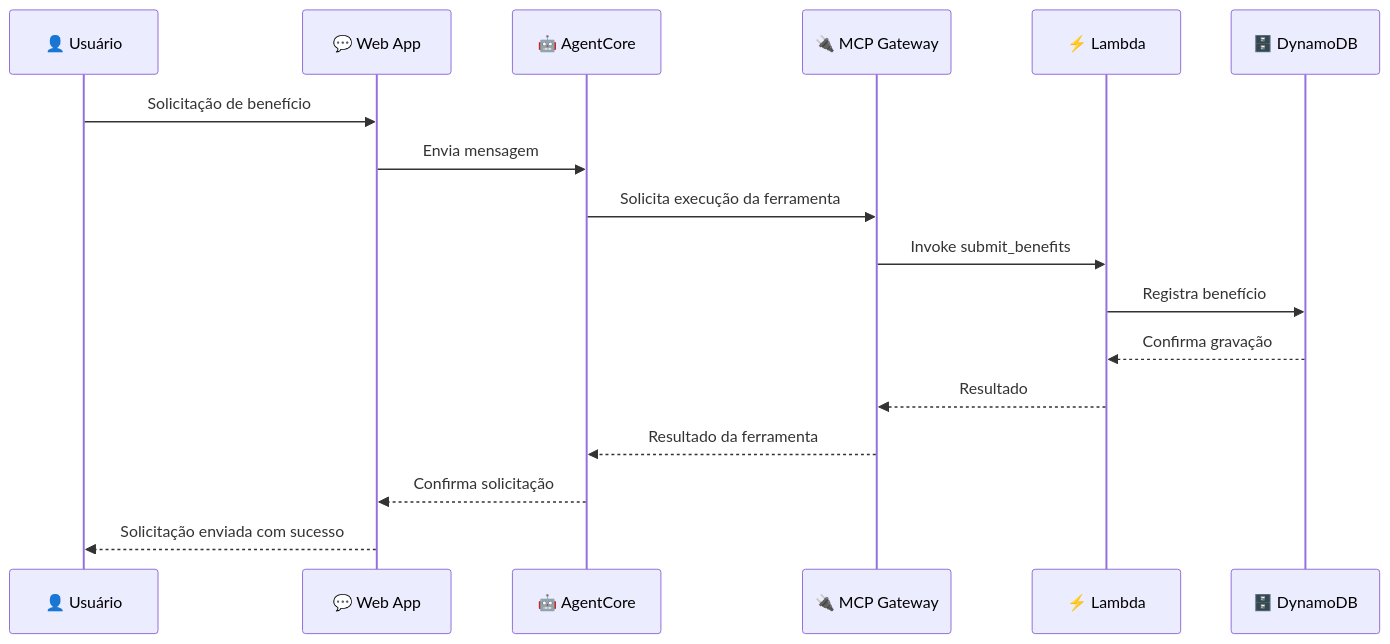
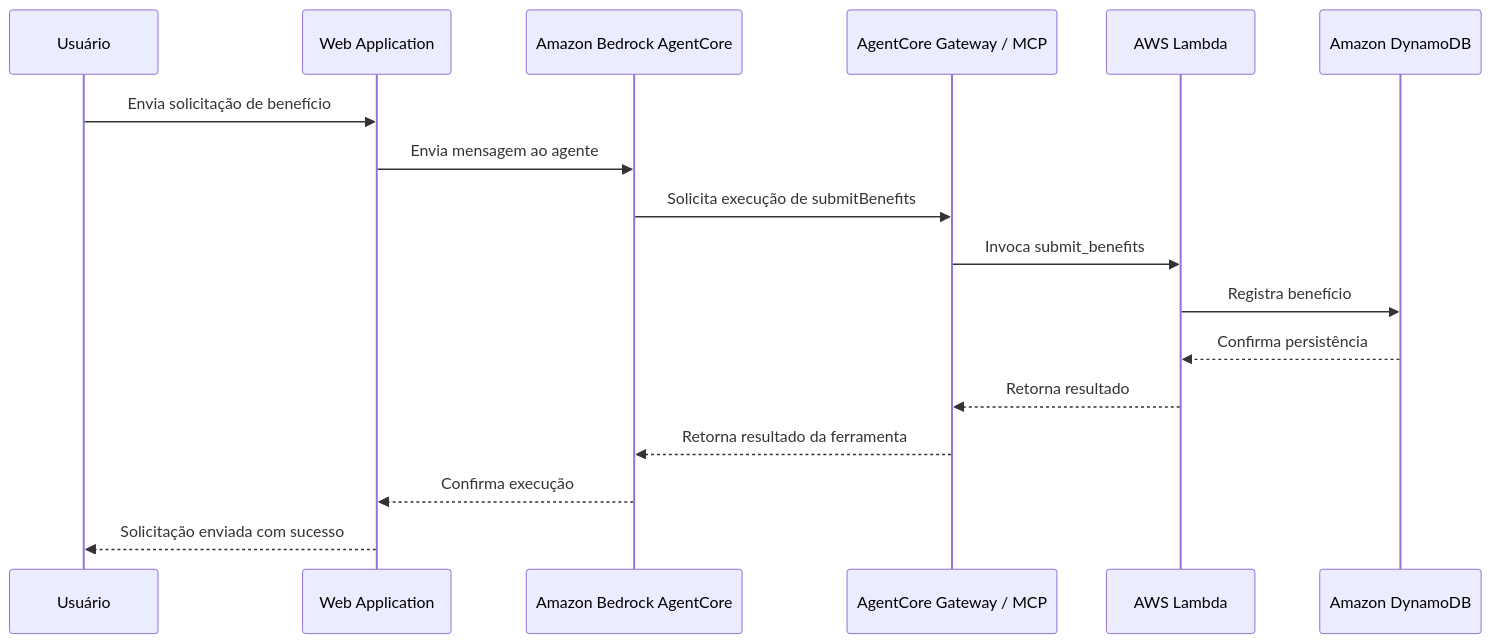
The eighth of 11 diagrams in README.md (Rogerio5/aws-genai-smart-assistant-lab), drawn with Mermaid before and after one commit. The commit also changed other lines of this file, not shown here.

````diff
--- a/README.md
+++ b/README.md
@@ -372,21 +454,30 @@
 ```mermaid
 sequenceDiagram
 
-    participant U as 👤 Usuário
-    participant W as 💬 Web App
-    participant A as 🤖 AgentCore
-    participant G as 🔌 MCP Gateway
-    participant L as ⚡ Lambda
-    participant D as 🗄️ DynamoDB
+    participant U as Usuário
+    participant W as Web Application
+    participant A as Amazon Bedrock AgentCore
+    participant G as AgentCore Gateway / MCP
+    participant L as AWS Lambda
+    participant D as Amazon DynamoDB
 
-    U->>W: Solicitação de benefício
-    W->>A: Envia mensagem
-    A->>G: Solicita execução da ferramenta
-    G->>L: Invoke submit_benefits
+    U->>W: Envia solicitação de benefício
+
+    W->>A: Envia mensagem ao agente
+
+    A->>G: Solicita execução de submitBenefits
+
+    G->>L: Invoca submit_benefits
+
     L->>D: Registra benefício
-    D-->>L: Confirma gravação
-    L-->>G: Resultado
-    G-->>A: Resultado da ferramenta
-    A-->>W: Confirma solicitação
+
+    D-->>L: Confirma persistência
+
+    L-->>G: Retorna resultado
+
+    G-->>A: Retorna resultado da ferramenta
+
+    A-->>W: Confirma execução
+
     W-->>U: Solicitação enviada com sucesso
 ```
````
